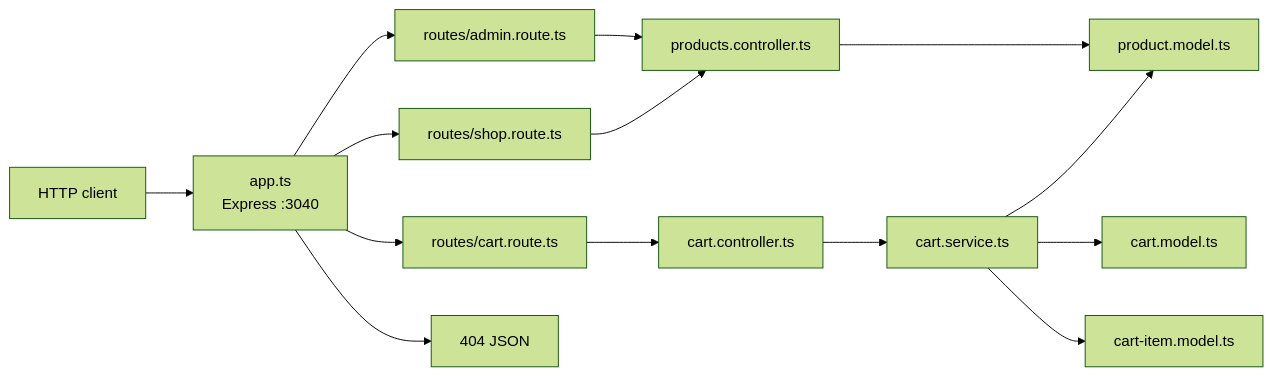
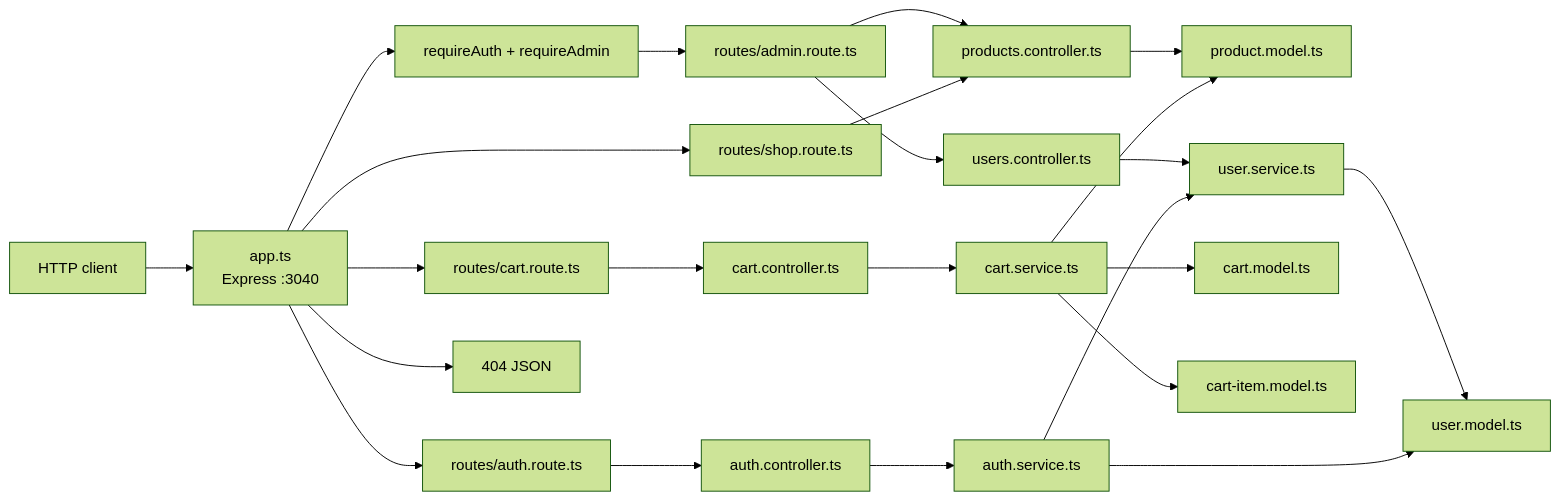
One commit to engmagdy87/backend-concepts changed the diagram in README.md. Above: the diagram before and after it, drawn with Mermaid (forest theme). The commit also changed other lines of this file and 6 other files, not shown here.

````diff
--- a/README.md
+++ b/README.md
@@ -121,16 +161,25 @@
 ```mermaid
 flowchart LR
   Client["HTTP client"] --> App["app.ts\nExpress :3040"]
-  App --> Admin["routes/admin.route.ts"]
+  App --> Guard["requireAuth + requireAdmin"]
+  Guard --> Admin["routes/admin.route.ts"]
   App --> Shop["routes/shop.route.ts"]
   App --> CartRt["routes/cart.route.ts"]
+  App --> AuthRt["routes/auth.route.ts"]
   App --> NotFound["404 JSON"]
   Admin --> ProdCtrl["products.controller.ts"]
+  Admin --> UsersCtrl["users.controller.ts"]
   Shop --> ProdCtrl
   CartRt --> CartCtrl["cart.controller.ts"]
+  AuthRt --> AuthCtrl["auth.controller.ts"]
   ProdCtrl --> ProdModel["product.model.ts"]
+  UsersCtrl --> UserSvc["user.service.ts"]
+  AuthCtrl --> AuthSvc["auth.service.ts"]
+  AuthSvc --> UserSvc
+  UserSvc --> UserModel["user.model.ts"]
+  AuthSvc --> UserModel
   CartCtrl --> CartSvc["cart.service.ts"]
   CartSvc --> ProdModel
   CartSvc --> CartModel["cart.model.ts"]
   CartSvc --> CartItemModel["cart-item.model.ts"]
 ```
````
